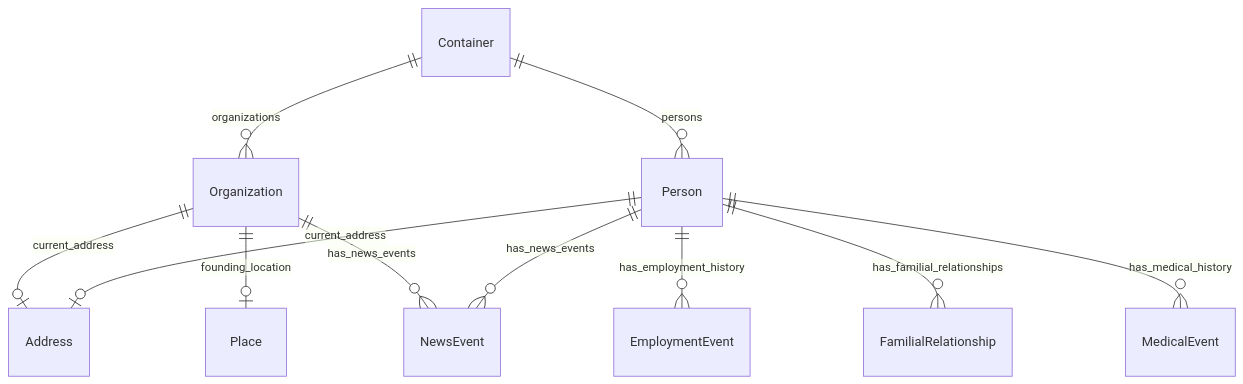
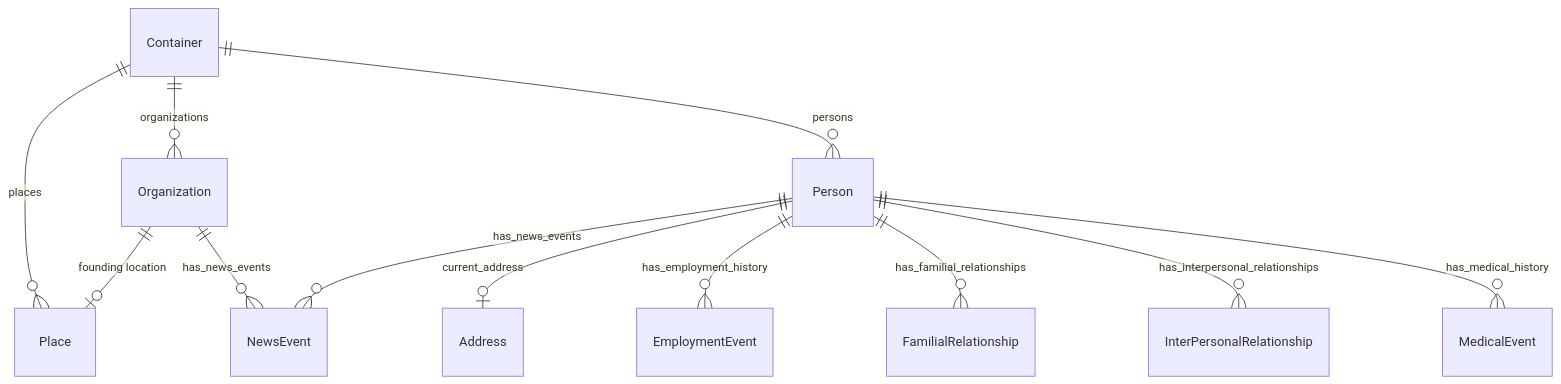
One commit to linkml/linkml changed the fifth of 23 diagrams in tests/linkml/test_generators/__snapshots__/personinfo.md. Above: the diagram before and after it, drawn with Mermaid. The commit also changed other lines of this file, not shown here.

````diff
--- a/tests/linkml/test_generators/__snapshots__/personinfo.md
+++ b/tests/linkml/test_generators/__snapshots__/personinfo.md
@@ -209,24 +234,28 @@
 ```mermaid
 erDiagram
 Container {
 
 }
 Organization {
 
 }
 Person {
 
 }
+Place {
+
+}
 
 Container ||--}o Organization : "organizations"
 Container ||--}o Person : "persons"
-Organization ||--|o Address : "current_address"
-Organization ||--|o Place : "founding_location"
+Container ||--}o Place : "places"
+Organization ||--|o Place : "founding location"
 Organization ||--}o NewsEvent : "has_news_events"
 Person ||--|o Address : "current_address"
 Person ||--}o EmploymentEvent : "has_employment_history"
 Person ||--}o FamilialRelationship : "has_familial_relationships"
+Person ||--}o InterPersonalRelationship : "has_interpersonal_relationships"
 Person ||--}o MedicalEvent : "has_medical_history"
 Person ||--}o NewsEvent : "has_news_events"
 
 ```
````
